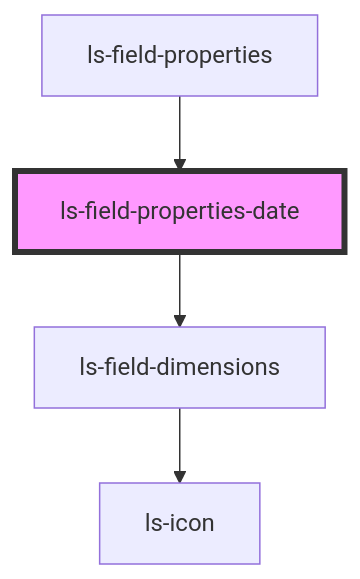
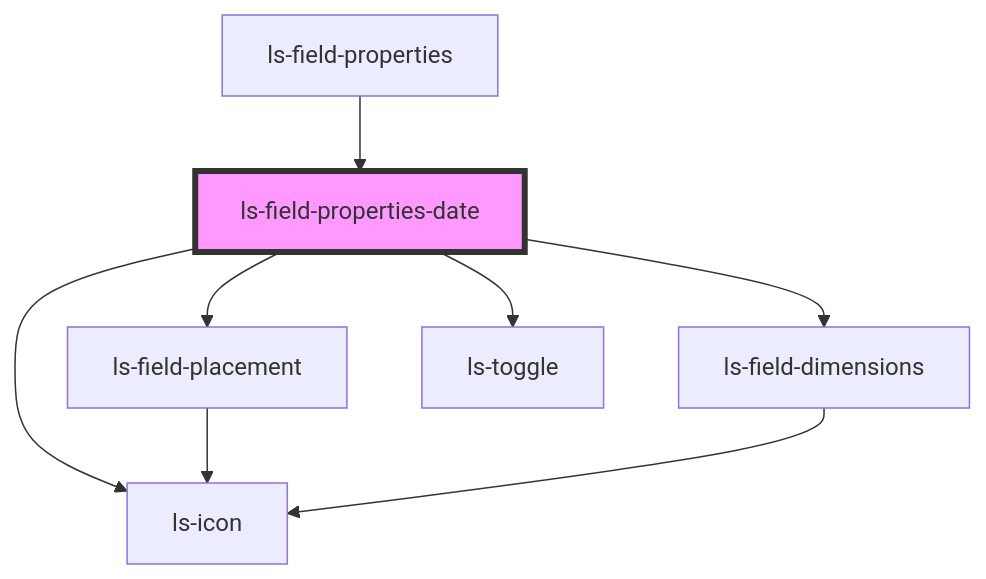
Before and after one commit to legalesign/ls-document-viewer: the diagram in src/components/ls-field-properties-date/readme.md, drawn with Mermaid. The commit also changed other lines of this file and 10 other files, not shown here.

````diff
--- a/src/components/ls-field-properties-date/readme.md
+++ b/src/components/ls-field-properties-date/readme.md
@@ -26,7 +30,11 @@
 ```mermaid
 graph TD;
+  ls-field-properties-date --> ls-field-placement
   ls-field-properties-date --> ls-field-dimensions
+  ls-field-properties-date --> ls-icon
+  ls-field-properties-date --> ls-toggle
+  ls-field-placement --> ls-icon
   ls-field-dimensions --> ls-icon
   ls-field-properties --> ls-field-properties-date
   style ls-field-properties-date fill:#f9f,stroke:#333,stroke-width:4px
 ```
````
